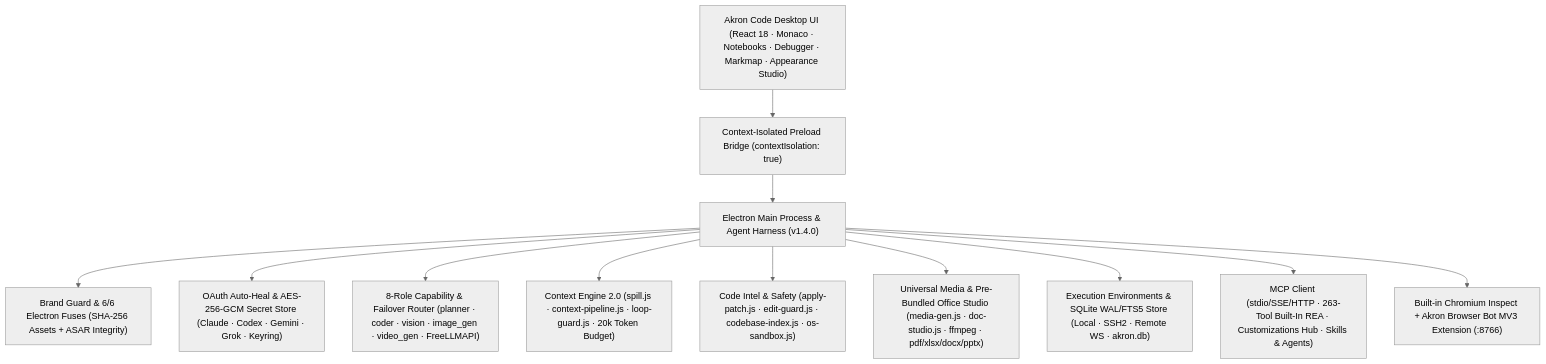
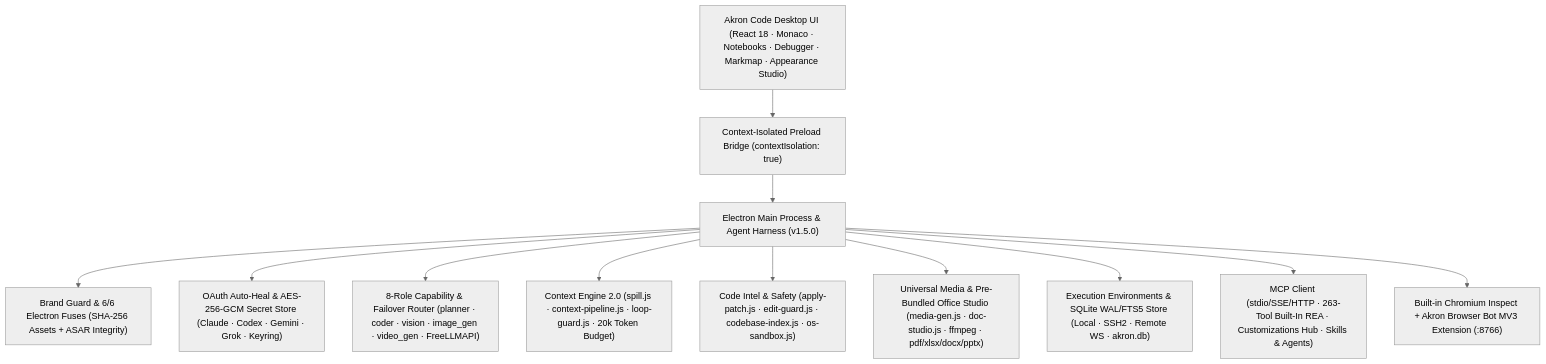
Before and after one commit to faysaliteng/akron-code: the second of 3 diagrams in README.md, drawn with Mermaid (neutral theme). The commit also changed other lines of this file and 36 other files, not shown here.

````diff
--- a/README.md
+++ b/README.md
@@ -145,15 +145,15 @@
 ```mermaid
 flowchart TD
   UI["Akron Code Desktop UI (React 18 · Monaco · Notebooks · Debugger · Markmap · Appearance Studio)"] --> Preload["Context-Isolated Preload Bridge (contextIsolation: true)"]
-  Preload --> Main["Electron Main Process & Agent Harness (v1.4.0)"]
+  Preload --> Main["Electron Main Process & Agent Harness (v1.5.0)"]
 
   Main --> Brand["Brand Guard & 6/6 Electron Fuses (SHA-256 Assets + ASAR Integrity)"]
   Main --> Auth["OAuth Auto-Heal & AES-256-GCM Secret Store (Claude · Codex · Gemini · Grok · Keyring)"]
   Main --> Router["8-Role Capability & Failover Router (planner · coder · vision · image_gen · video_gen · FreeLLMAPI)"]
   Main --> Context["Context Engine 2.0 (spill.js · context-pipeline.js · loop-guard.js · 20k Token Budget)"]
   Main --> Intel["Code Intel & Safety (apply-patch.js · edit-guard.js · codebase-index.js · os-sandbox.js)"]
   Main --> Studio["Universal Media & Pre-Bundled Office Studio (media-gen.js · doc-studio.js · ffmpeg · pdf/xlsx/docx/pptx)"]
   Main --> Envs["Execution Environments & SQLite WAL/FTS5 Store (Local · SSH2 · Remote WS · akron.db)"]
   Main --> Ext["MCP Client (stdio/SSE/HTTP · 263-Tool Built-In REA · Customizations Hub · Skills & Agents)"]
   Main --> Bridge["Built-in Chromium Inspect + Akron Browser Bot MV3 Extension (:8766)"]
 ```
````
